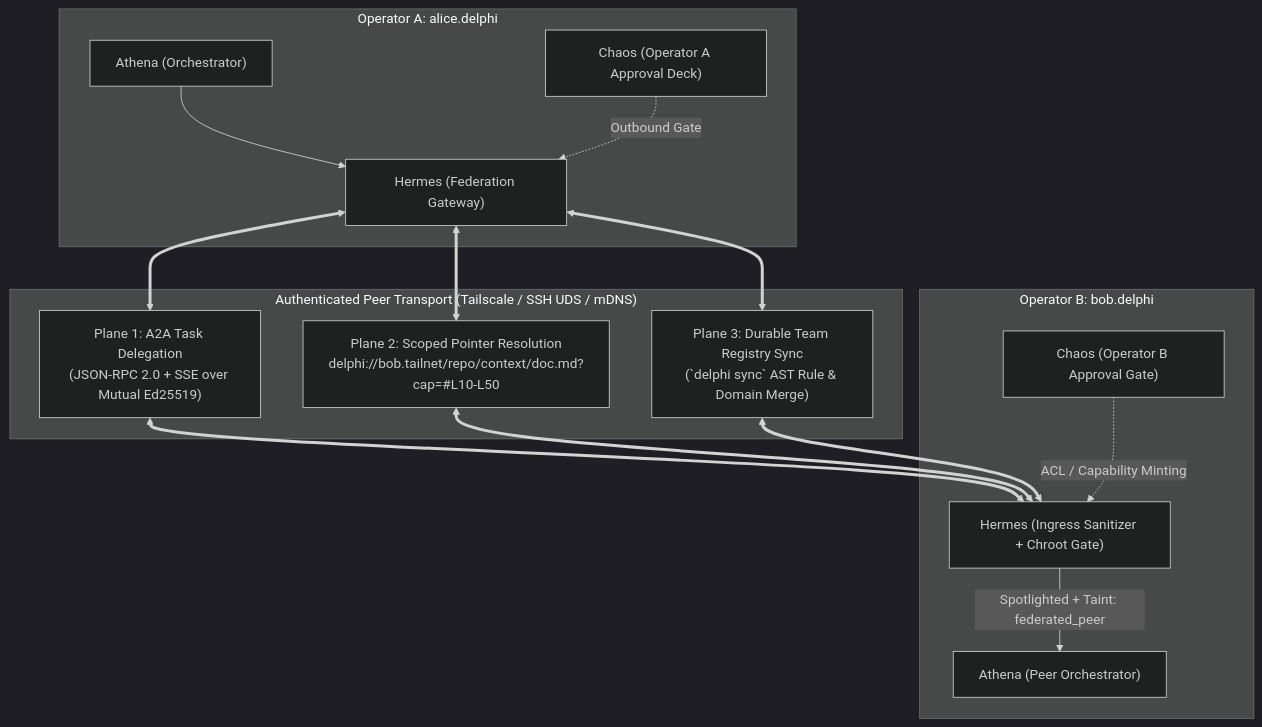
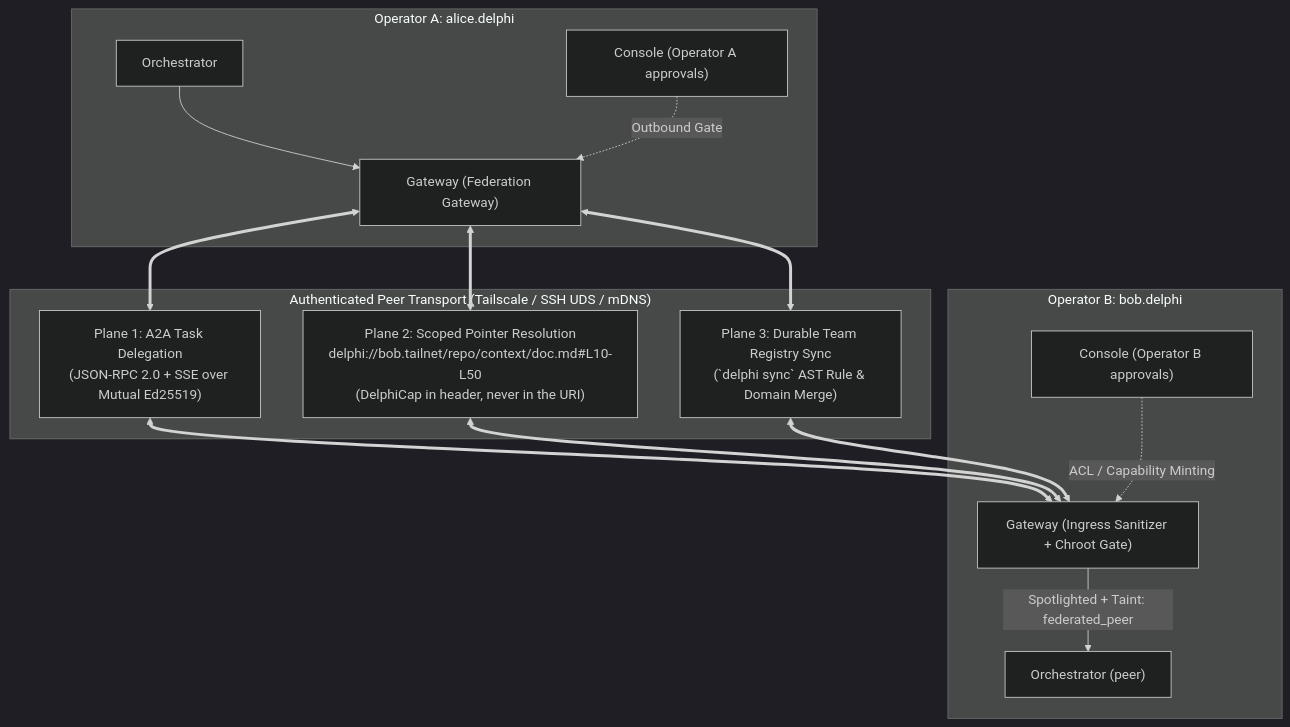
Before and after one commit to jessevondoom/delphi: the diagram in specs/007-federated-mesh-and-sync.md, drawn with Mermaid (dark theme). The commit also changed other lines of this file and 73 other files, not shown here.

````diff
--- a/specs/007-federated-mesh-and-sync.md
+++ b/specs/007-federated-mesh-and-sync.md
@@ -32,27 +38,27 @@
 ```mermaid
 flowchart TB
     subgraph InstanceA ["Operator A: alice.delphi"]
-        ChaosA["Chaos (Operator A Approval Deck)"]
-        AthenaA["Athena (Orchestrator)"]
-        HermesA["Hermes (Federation Gateway)"]
+        ConsoleA["Console (Operator A approvals)"]
+        OrchA["Orchestrator"]
+        GatewayA["Gateway (Federation Gateway)"]
     end
 
     subgraph Mesh ["Authenticated Peer Transport (Tailscale / SSH UDS / mDNS)"]
         A2A["Plane 1: A2A Task Delegation\n(JSON-RPC 2.0 + SSE over Mutual Ed25519)"]
-        URI["Plane 2: Scoped Pointer Resolution\ndelphi://bob.tailnet/repo/context/doc.md?cap=<UCAN>#L10-L50"]
+        URI["Plane 2: Scoped Pointer Resolution\ndelphi://bob.tailnet/repo/context/doc.md#L10-L50\n(DelphiCap in header, never in the URI)"]
         GitSync["Plane 3: Durable Team Registry Sync\n(`delphi sync` AST Rule & Domain Merge)"]
     end
 
     subgraph InstanceB ["Operator B: bob.delphi"]
-        HermesB["Hermes (Ingress Sanitizer + Chroot Gate)"]
-        AthenaB["Athena (Peer Orchestrator)"]
-        ChaosB["Chaos (Operator B Approval Gate)"]
+        GatewayB["Gateway (Ingress Sanitizer + Chroot Gate)"]
+        OrchB["Orchestrator (peer)"]
+        ConsoleB["Console (Operator B approvals)"]
     end
 
-    AthenaA --> HermesA
-    ChaosA -.->|"Outbound Gate"| HermesA
-    HermesA <==> A2A & URI & GitSync
-    A2A & URI & GitSync <==> HermesB
-    HermesB -->|"Spotlighted + Taint: federated_peer"| AthenaB
-    ChaosB -.->|"ACL / Capability Minting"| HermesB
+    OrchA --> GatewayA
+    ConsoleA -.->|"Outbound Gate"| GatewayA
+    GatewayA <==> A2A & URI & GitSync
+    A2A & URI & GitSync <==> GatewayB
+    GatewayB -->|"Spotlighted + Taint: federated_peer"| OrchB
+    ConsoleB -.->|"ACL / Capability Minting"| GatewayB
 ```
````
